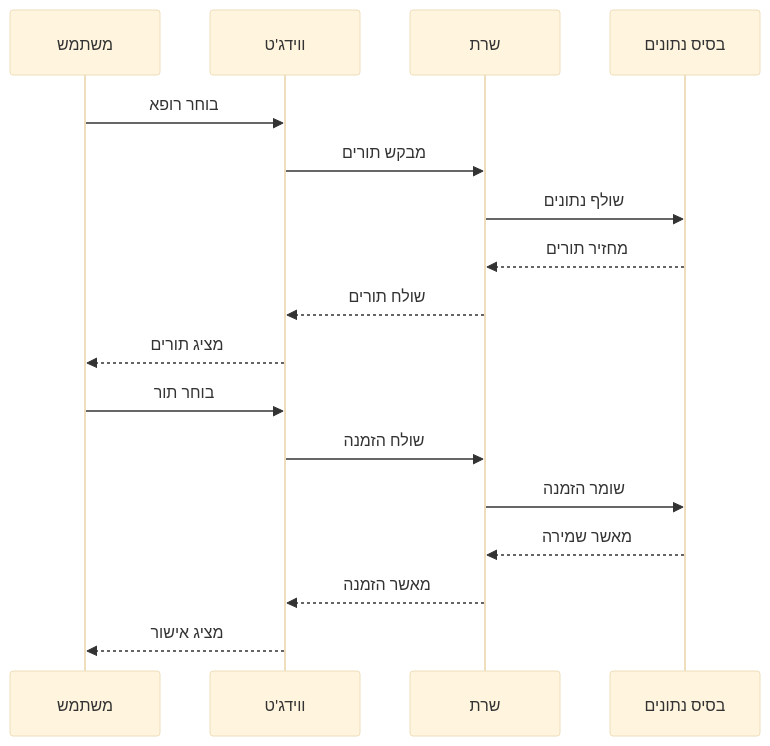
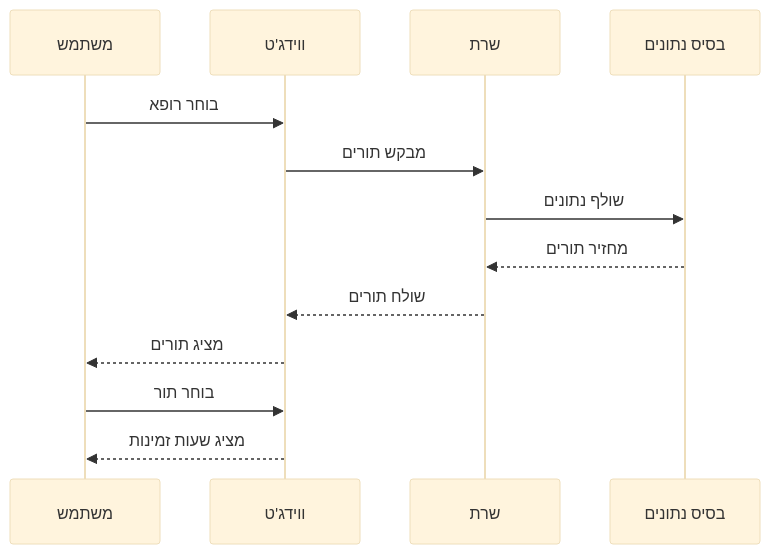
Before and after one commit to OrielBenMoshe/clinic-queue-management: the second of 3 diagrams in docs/SIMPLE_FLOW.md, drawn with Mermaid (base theme). The commit also changed other lines of this file and 42 other files, not shown here.

````diff
--- a/docs/SIMPLE_FLOW.md
+++ b/docs/SIMPLE_FLOW.md
@@ -26,21 +25,17 @@
 ```mermaid
 sequenceDiagram
     participant M as משתמש
     participant W as ווידג'ט
     participant S as שרת
     participant D as בסיס נתונים
     
     M->>W: בוחר רופא
     W->>S: מבקש תורים
     S->>D: שולף נתונים
     D-->>S: מחזיר תורים
     S-->>W: שולח תורים
     W-->>M: מציג תורים
     
     M->>W: בוחר תור
-    W->>S: שולח הזמנה
-    S->>D: שומר הזמנה
-    D-->>S: מאשר שמירה
-    S-->>W: מאשר הזמנה
-    W-->>M: מציג אישור
+    W-->>M: מציג שעות זמינות
 ```
````
